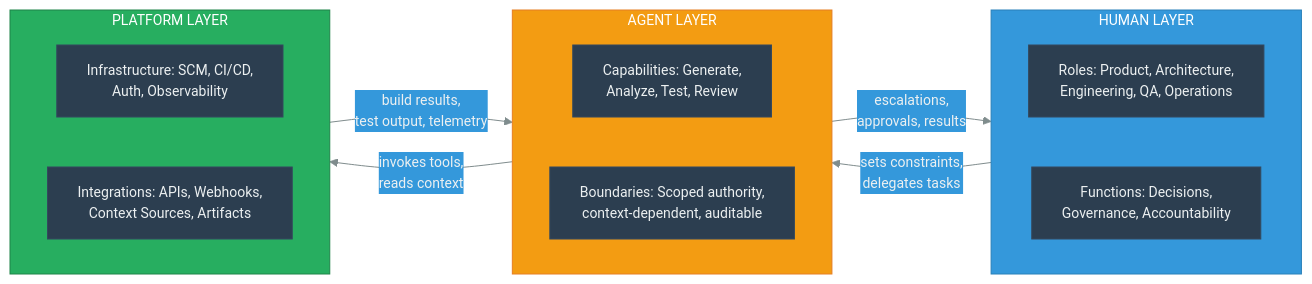
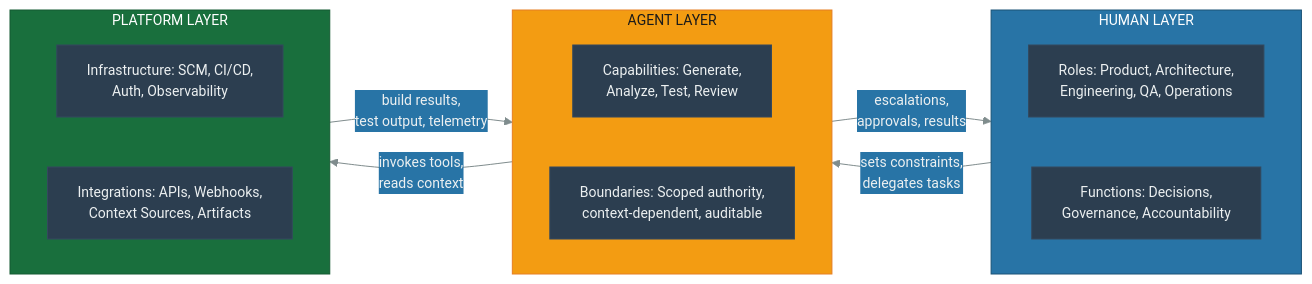
Before and after one commit to danielmeppiel/agentic-sdlc-handbook: the first of 2 diagrams in handbook/ch04-the-reference-architecture.qmd, drawn with Mermaid. The commit also changed other lines of this file and 11 other files, not shown here.

First line of the commit message:
fix: WCAG AA+ contrast compliance for all diagram colors

````diff
--- a/handbook/ch04-the-reference-architecture.qmd
+++ b/handbook/ch04-the-reference-architecture.qmd
@@ -21,34 +21,34 @@
 ```{mermaid}
 %%| fig-width: 5.0
 %%| fig-cap: "The three-layer reference architecture: Human, Agent, Platform"
 %%| fig-alt: "A left-to-right flowchart showing three layers of the reference architecture. The Human Layer contains Roles (Product, Architecture, Engineering, QA, Operations) and Functions (Decisions, Governance, Accountability). The Agent Layer contains Capabilities (Generate, Analyze, Test, Review) and Boundaries (Scoped authority, context-dependent, auditable). The Platform Layer contains Infrastructure (SCM, CI/CD, Auth, Observability) and Integrations (APIs, Webhooks, Context Sources, Artifacts). Bidirectional arrows show: Human sets constraints and delegates tasks to Agent, Agent sends escalations, approvals, and results back to Human, Agent invokes tools and reads context from Platform, and Platform returns build results, test output, and telemetry to Agent."
 %%| label: fig-three-layers
-%%{init: {'theme': 'base', 'themeVariables': {'primaryColor': '#2c3e50', 'primaryTextColor': '#ecf0f1', 'primaryBorderColor': '#34495e', 'lineColor': '#7f8c8d', 'secondaryColor': '#3498db', 'tertiaryColor': '#ecf0f1', 'fontSize': '14px'}}}%%
+%%{init: {'theme': 'base', 'themeVariables': {'primaryColor': '#2c3e50', 'primaryTextColor': '#ecf0f1', 'primaryBorderColor': '#34495e', 'lineColor': '#7f8c8d', 'secondaryColor': '#2874a6', 'tertiaryColor': '#ecf0f1', 'fontSize': '14px'}}}%%
 flowchart LR
     subgraph HUMAN ["HUMAN LAYER"]
         direction LR
         HR["Roles: Product, Architecture,<br/>Engineering, QA, Operations"]
         HF["Functions: Decisions,<br/>Governance, Accountability"]
     end
 
     subgraph AGENT ["AGENT LAYER"]
         direction LR
         AC["Capabilities: Generate,<br/>Analyze, Test, Review"]
         AB["Boundaries: Scoped authority,<br/>context-dependent, auditable"]
     end
 
     subgraph PLATFORM ["PLATFORM LAYER"]
         direction LR
         PI["Infrastructure: SCM, CI/CD,<br/>Auth, Observability"]
         PN["Integrations: APIs, Webhooks,<br/>Context Sources, Artifacts"]
     end
 
     HUMAN -- "sets constraints,<br/>delegates tasks" --> AGENT
     AGENT -- "escalations,<br/>approvals, results" --> HUMAN
     AGENT -- "invokes tools,<br/>reads context" --> PLATFORM
     PLATFORM -- "build results,<br/>test output, telemetry" --> AGENT
 
-    style HUMAN fill:#3498db,stroke:#2980b9,color:#fff
-    style AGENT fill:#f39c12,stroke:#e67e22,color:#fff
-    style PLATFORM fill:#27ae60,stroke:#1e8449,color:#fff
+    style HUMAN fill:#2874a6,stroke:#1a5276,color:#fff
+    style AGENT fill:#f39c12,stroke:#e67e22,color:#1a1a1a
+    style PLATFORM fill:#196f3d,stroke:#145a32,color:#fff
 ```
````
